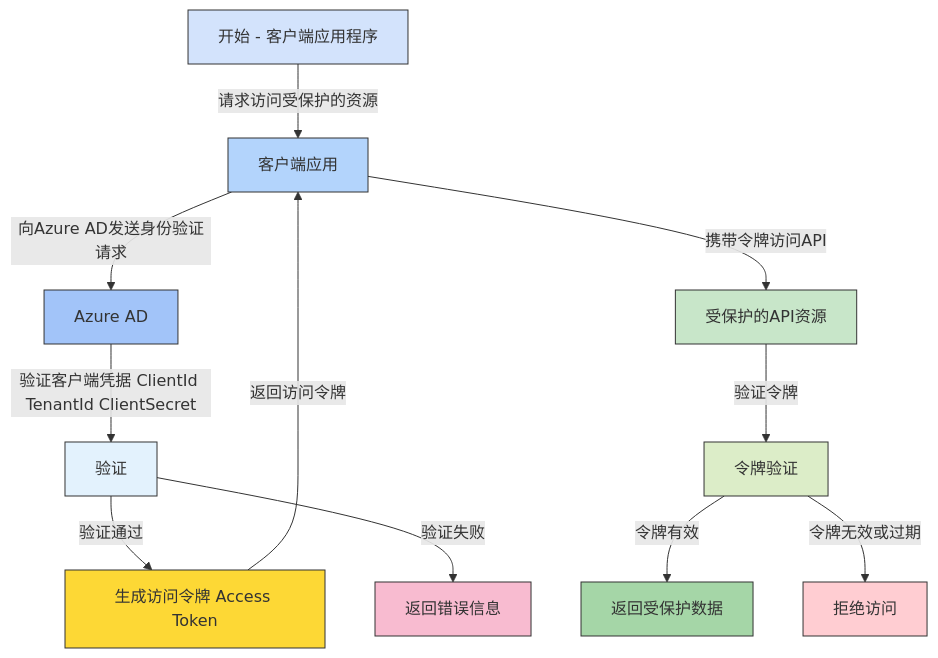
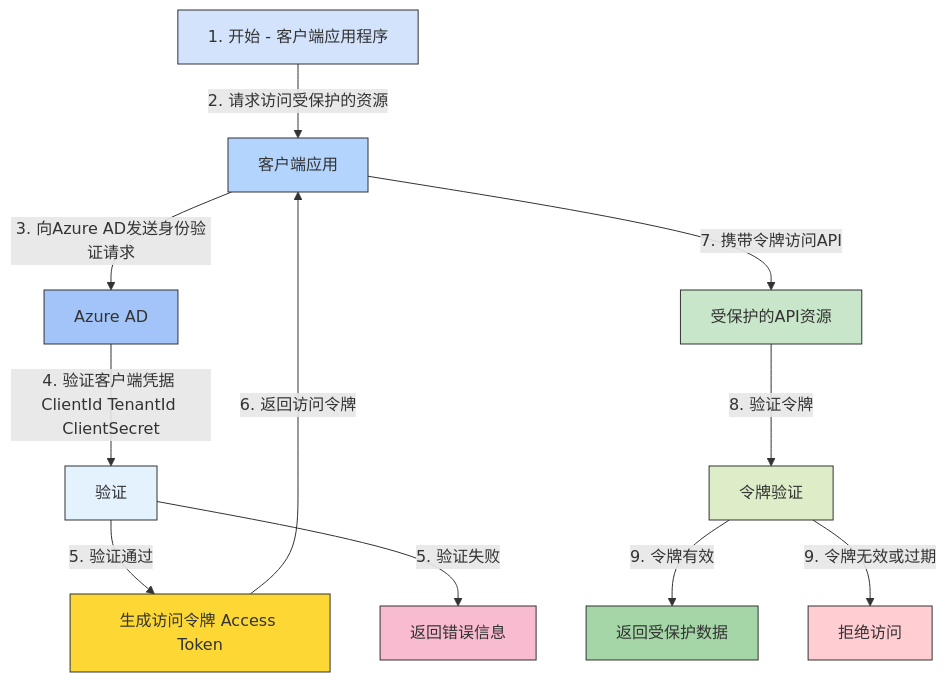
Before and after one commit to uwspstar/20-Day-Challenge-List: the diagram in C#/Azure/Azure AD令牌流的流程图.md, drawn with Mermaid. The commit also changed other lines of this file, not shown here.

Commit message:
Update Azure AD令牌流的流程图.md

````diff
--- a/C#/Azure/Azure AD令牌流的流程图.md
+++ b/C#/Azure/Azure AD令牌流的流程图.md
@@ -5,25 +6,25 @@
 ```mermaid
 flowchart TD
-    Start[开始 - 客户端应用程序] -->|请求访问受保护的资源| ClientApp[客户端应用]
-    ClientApp -->|向Azure AD发送身份验证请求| AzureAD[Azure AD]
-    AzureAD -->|验证客户端凭据 ClientId TenantId ClientSecret| AzureADValidation[验证]
-    AzureADValidation -->|验证通过| Token[生成访问令牌 Access Token]
-    AzureADValidation -->|验证失败| Error[返回错误信息]
+    Start[1. 开始 - 客户端应用程序] -->|2. 请求访问受保护的资源| ClientApp[客户端应用]
+    ClientApp -->|3. 向Azure AD发送身份验证请求| AzureAD[Azure AD]
+    AzureAD -->|4. 验证客户端凭据 ClientId TenantId ClientSecret| AzureADValidation[验证]
+    AzureADValidation -->|5. 验证通过| Token[生成访问令牌 Access Token]
+    AzureADValidation -->|5. 验证失败| Error[返回错误信息]
     
-    Token -->|返回访问令牌| ClientApp
-    ClientApp -->|携带令牌访问API| ProtectedResource[受保护的API资源]
-    ProtectedResource -->|验证令牌| TokenValidation[令牌验证]
-    TokenValidation -->|令牌有效| Success[返回受保护数据]
-    TokenValidation -->|令牌无效或过期| Unauthorized[拒绝访问]
+    Token -->|6. 返回访问令牌| ClientApp
+    ClientApp -->|7. 携带令牌访问API| ProtectedResource[受保护的API资源]
+    ProtectedResource -->|8. 验证令牌| TokenValidation[令牌验证]
+    TokenValidation -->|9. 令牌有效| Success[返回受保护数据]
+    TokenValidation -->|9. 令牌无效或过期| Unauthorized[拒绝访问]
 
     style Start fill:#d3e3fc,stroke:#333,stroke-width:1px;
     style ClientApp fill:#b3d4fc,stroke:#333,stroke-width:1px;
     style AzureAD fill:#a2c4f9,stroke:#333,stroke-width:1px;
     style AzureADValidation fill:#e3f2fd,stroke:#333,stroke-width:1px;
     style Token fill:#fdd835,stroke:#333,stroke-width:1px;
     style Error fill:#f8bbd0,stroke:#333,stroke-width:1px;
     style ProtectedResource fill:#c8e6c9,stroke:#333,stroke-width:1px;
     style TokenValidation fill:#dcedc8,stroke:#333,stroke-width:1px;
     style Success fill:#a5d6a7,stroke:#333,stroke-width:1px;
     style Unauthorized fill:#ffcdd2,stroke:#333,stroke-width:1px;
 ```
````
